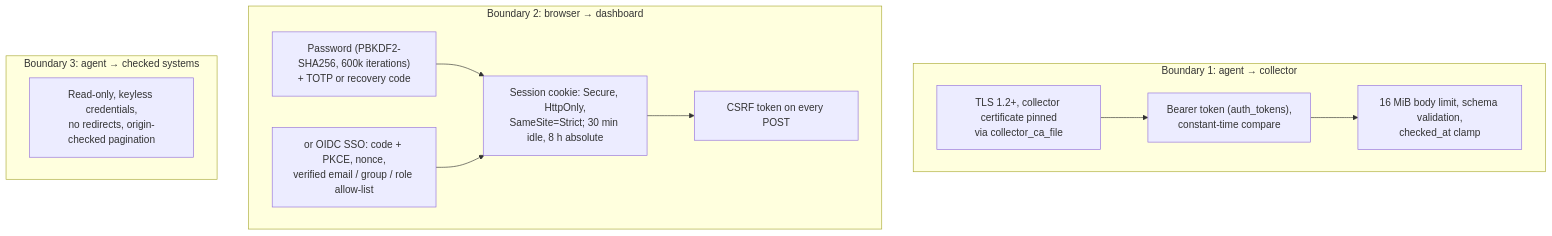
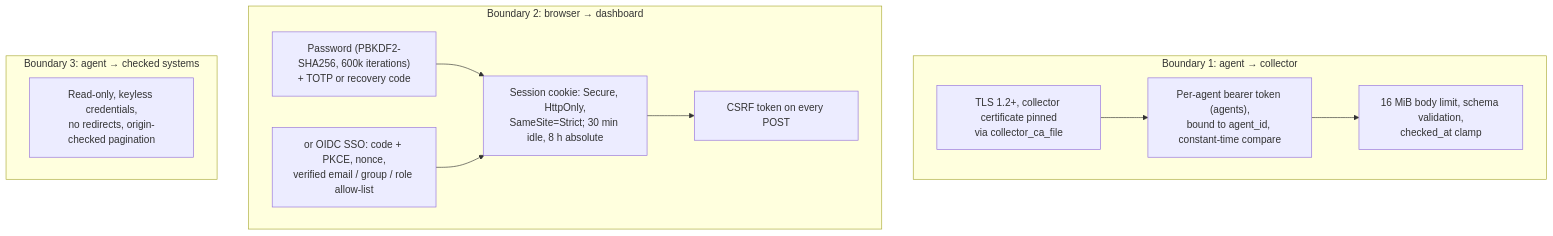
One commit to Joao-Paulino/expiry-radar changed the fourth of 5 diagrams in docs/ARCHITECTURE.md. Above: the diagram before and after it, drawn with Mermaid. The commit also changed other lines of this file and 16 other files, not shown here.

First line of the commit message:
fix(security): per-agent tokens bound to agent_id (pentest BUSL-02)

````diff
--- a/docs/ARCHITECTURE.md
+++ b/docs/ARCHITECTURE.md
@@ -205,15 +205,15 @@
 ```mermaid
 flowchart TB
     subgraph TB1["Boundary 1: agent → collector"]
-        a["TLS 1.2+, collector certificate pinned<br/>via collector_ca_file"] --> b["Bearer token (auth_tokens),<br/>constant-time compare"]
+        a["TLS 1.2+, collector certificate pinned<br/>via collector_ca_file"] --> b["Per-agent bearer token (agents),<br/>bound to agent_id, constant-time compare"]
         b --> c["16 MiB body limit, schema validation,<br/>checked_at clamp"]
     end
     subgraph TB2["Boundary 2: browser → dashboard"]
         d["Password (PBKDF2-SHA256, 600k iterations)<br/>+ TOTP or recovery code"] --> e["Session cookie: Secure, HttpOnly,<br/>SameSite=Strict; 30 min idle, 8 h absolute"]
         d2["or OIDC SSO: code + PKCE, nonce,<br/>verified email / group / role allow-list"] --> e
         e --> f["CSRF token on every POST"]
     end
     subgraph TB3["Boundary 3: agent → checked systems"]
         g["Read-only, keyless credentials,<br/>no redirects, origin-checked pagination"]
     end
 ```
````
